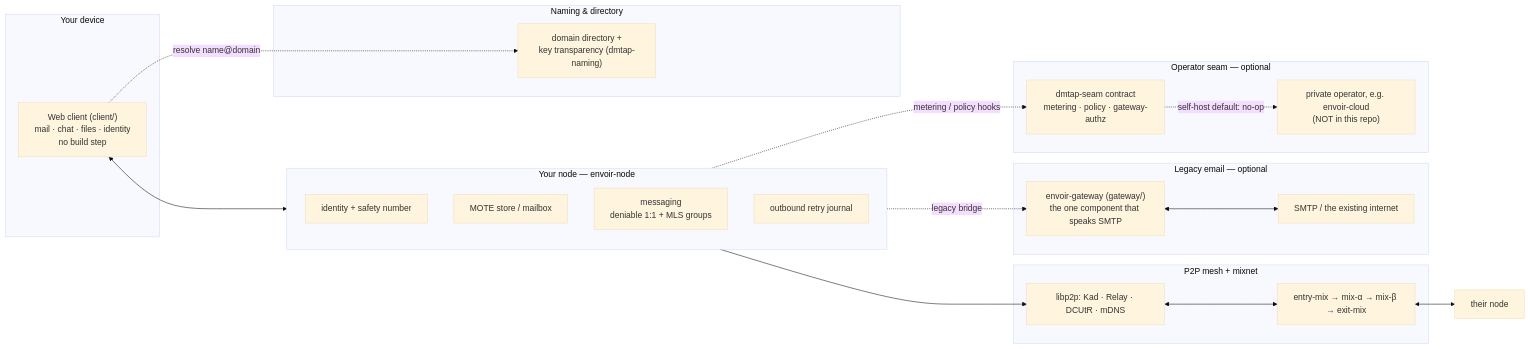
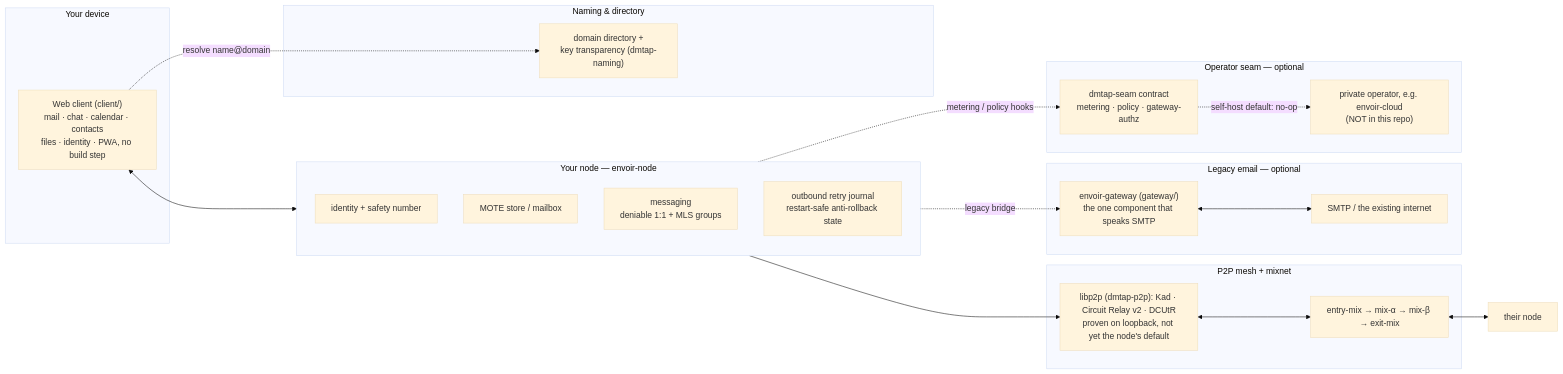
Before and after one commit to vul-os/envoir: the diagram in README.md, drawn with Mermaid (base theme). The commit also changed other lines of this file and 13 other files, not shown here.

First line of the commit message:
docs: bring README + docs up to date with Calendar, Contacts, PWA/push, avatars, and hardening

````diff
--- a/README.md
+++ b/README.md
@@ -109,42 +153,42 @@
 ```mermaid
 flowchart LR
     subgraph You["Your device"]
-        Client["Web client (client/)<br/>mail · chat · files · identity<br/>no build step"]
+        Client["Web client (client/)<br/>mail · chat · calendar · contacts<br/>files · identity · PWA, no build step"]
     end
 
     subgraph Node["Your node — envoir-node"]
         Identity_["identity + safety number"]
         Mailbox["MOTE store / mailbox"]
         Messaging["messaging<br/>deniable 1:1 + MLS groups"]
-        Journal["outbound retry journal"]
+        Journal["outbound retry journal<br/>restart-safe anti-rollback state"]
     end
 
     subgraph Mesh["P2P mesh + mixnet"]
-        Transport["libp2p: Kad · Relay · DCUtR · mDNS"]
+        Transport["libp2p (dmtap-p2p): Kad · Circuit Relay v2 · DCUtR<br/>proven on loopback, not yet the node's default"]
         Mix["entry-mix → mix-α → mix-β → exit-mix"]
     end
 
     subgraph Naming["Naming & directory"]
         KT["domain directory +<br/>key transparency (dmtap-naming)"]
     end
 
     subgraph Legacy["Legacy email — optional"]
         Gateway["envoir-gateway (gateway/)<br/>the one component that speaks SMTP"]
         SMTP["SMTP / the existing internet"]
     end
 
     subgraph Op["Operator seam — optional"]
         Seam["dmtap-seam contract<br/>metering · policy · gateway-authz"]
         Cloud["private operator, e.g. envoir-cloud<br/>(NOT in this repo)"]
     end
 
     Client <--> Node
     Node --> Transport
     Transport <--> Mix
     Mix <--> Peer["their node"]
     Client -.->|resolve name@domain| KT
     Node -.->|legacy bridge| Gateway
     Gateway <--> SMTP
     Node -.->|metering / policy hooks| Seam
     Seam -.->|self-host default: no-op| Cloud
 ```
````
